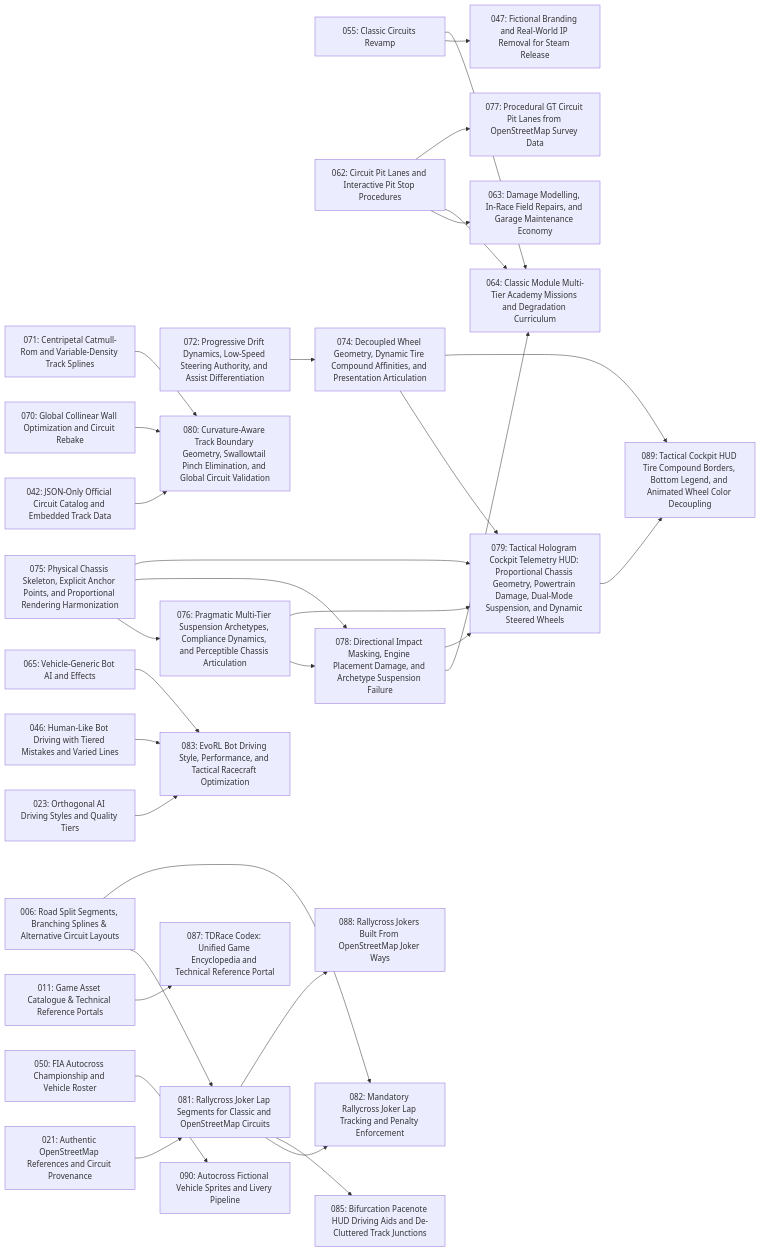
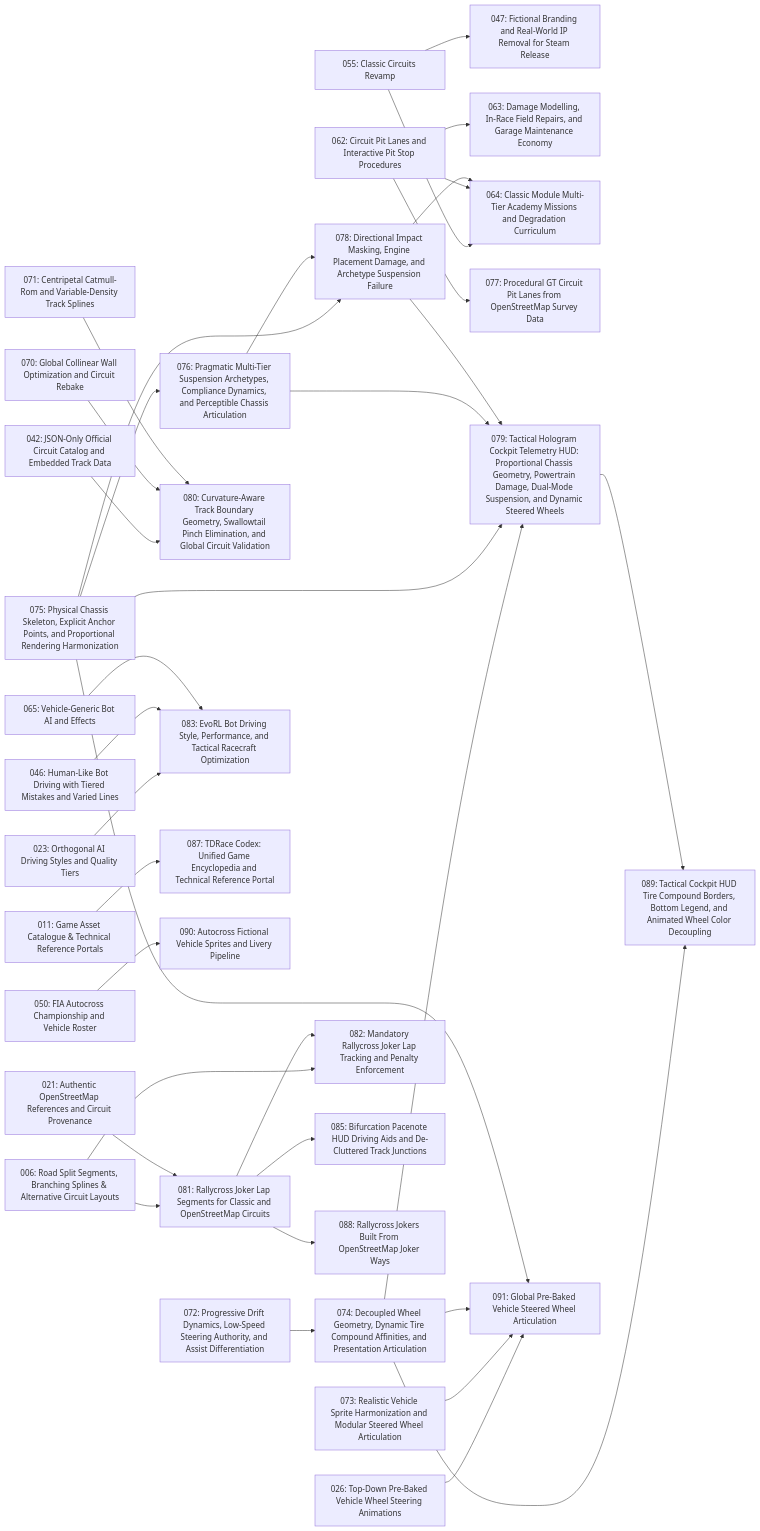
One commit to magomar/tdrace changed the diagram in specs/index.md. Above: the diagram before and after it, drawn with Mermaid. The commit also changed other lines of this file and 6 other files, not shown here.

````diff
--- a/specs/index.md
+++ b/specs/index.md
@@ -116,64 +117,71 @@
 ```mermaid
 flowchart LR
     006["006: Road Split Segments, Branching Splines & Alternative Circuit Layouts"]
     011["011: Game Asset Catalogue & Technical Reference Portals"]
     021["021: Authentic OpenStreetMap References and Circuit Provenance"]
     023["023: Orthogonal AI Driving Styles and Quality Tiers"]
+    026["026: Top-Down Pre-Baked Vehicle Wheel Steering Animations"]
     042["042: JSON-Only Official Circuit Catalog and Embedded Track Data"]
     046["046: Human-Like Bot Driving with Tiered Mistakes and Varied Lines"]
     047["047: Fictional Branding and Real-World IP Removal for Steam Release"]
     050["050: FIA Autocross Championship and Vehicle Roster"]
     055["055: Classic Circuits Revamp"]
     062["062: Circuit Pit Lanes and Interactive Pit Stop Procedures"]
     063["063: Damage Modelling, In-Race Field Repairs, and Garage Maintenance Economy"]
     064["064: Classic Module Multi-Tier Academy Missions and Degradation Curriculum"]
     065["065: Vehicle-Generic Bot AI and Effects"]
     070["070: Global Collinear Wall Optimization and Circuit Rebake"]
     071["071: Centripetal Catmull-Rom and Variable-Density Track Splines"]
     072["072: Progressive Drift Dynamics, Low-Speed Steering Authority, and Assist Differentiation"]
+    073["073: Realistic Vehicle Sprite Harmonization and Modular Steered Wheel Articulation"]
     074["074: Decoupled Wheel Geometry, Dynamic Tire Compound Affinities, and Presentation Articulation"]
     075["075: Physical Chassis Skeleton, Explicit Anchor Points, and Proportional Rendering Harmonization"]
     076["076: Pragmatic Multi-Tier Suspension Archetypes, Compliance Dynamics, and Perceptible Chassis Articulation"]
     077["077: Procedural GT Circuit Pit Lanes from OpenStreetMap Survey Data"]
     078["078: Directional Impact Masking, Engine Placement Damage, and Archetype Suspension Failure"]
     079["079: Tactical Hologram Cockpit Telemetry HUD: Proportional Chassis Geometry, Powertrain Damage, Dual-Mode Suspension, and Dynamic Steered Wheels"]
     080["080: Curvature-Aware Track Boundary Geometry, Swallowtail Pinch Elimination, and Global Circuit Validation"]
     081["081: Rallycross Joker Lap Segments for Classic and OpenStreetMap Circuits"]
     082["082: Mandatory Rallycross Joker Lap Tracking and Penalty Enforcement"]
     083["083: EvoRL Bot Driving Style, Performance, and Tactical Racecraft Optimization"]
     085["085: Bifurcation Pacenote HUD Driving Aids and De-Cluttered Track Junctions"]
     087["087: TDRace Codex: Unified Game Encyclopedia and Technical Reference Portal"]
     088["088: Rallycross Jokers Built From OpenStreetMap Joker Ways"]
     089["089: Tactical Cockpit HUD Tire Compound Borders, Bottom Legend, and Animated Wheel Color Decoupling"]
     090["090: Autocross Fictional Vehicle Sprites and Livery Pipeline"]
+    091["091: Global Pre-Baked Vehicle Steered Wheel Articulation"]
     055 --> 047
     062 --> 063
     055 --> 064
     062 --> 064
     078 --> 064
     072 --> 074
     075 --> 076
     062 --> 077
     075 --> 078
     076 --> 078
     074 --> 079
     075 --> 079
     076 --> 079
     078 --> 079
     042 --> 080
     070 --> 080
     071 --> 080
     006 --> 081
     021 --> 081
     006 --> 082
     081 --> 082
     023 --> 083
     046 --> 083
     065 --> 083
     081 --> 085
     011 --> 087
     081 --> 088
     074 --> 089
     079 --> 089
     050 --> 090
+    026 --> 091
+    073 --> 091
+    074 --> 091
+    075 --> 091
 ```
````
